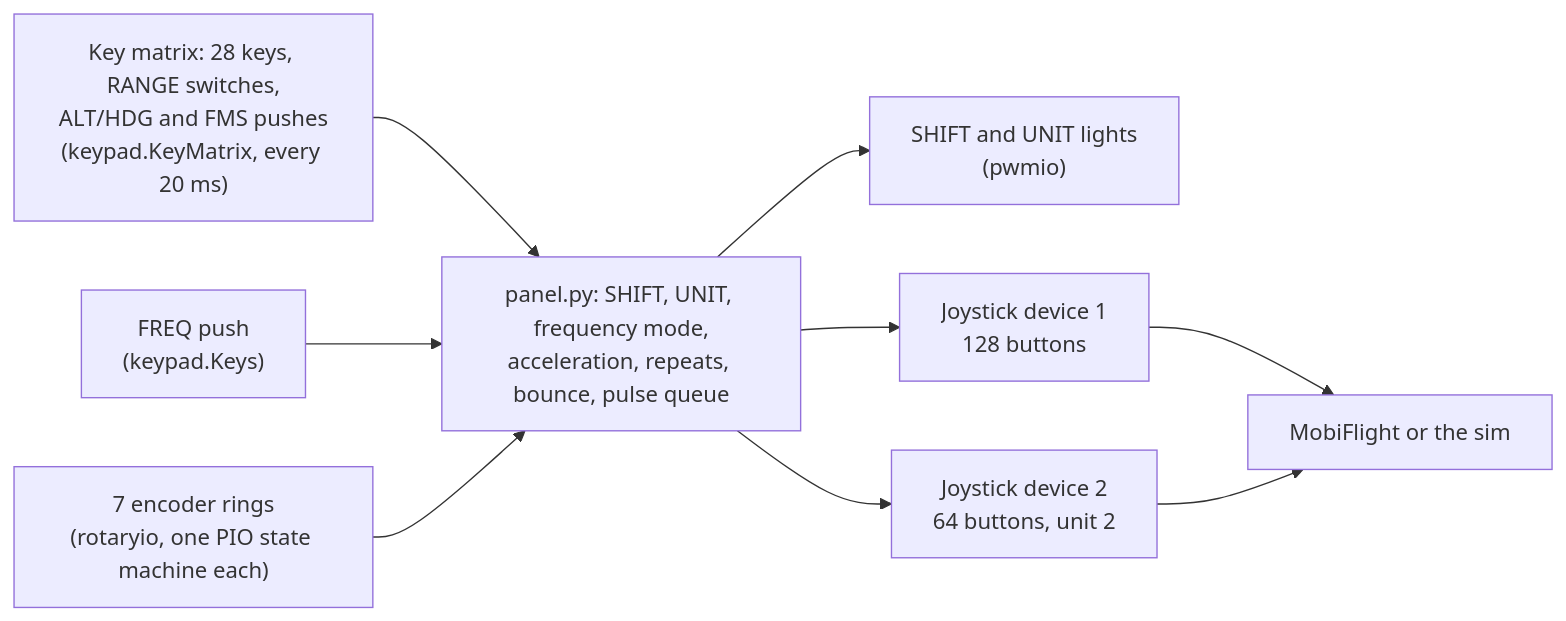
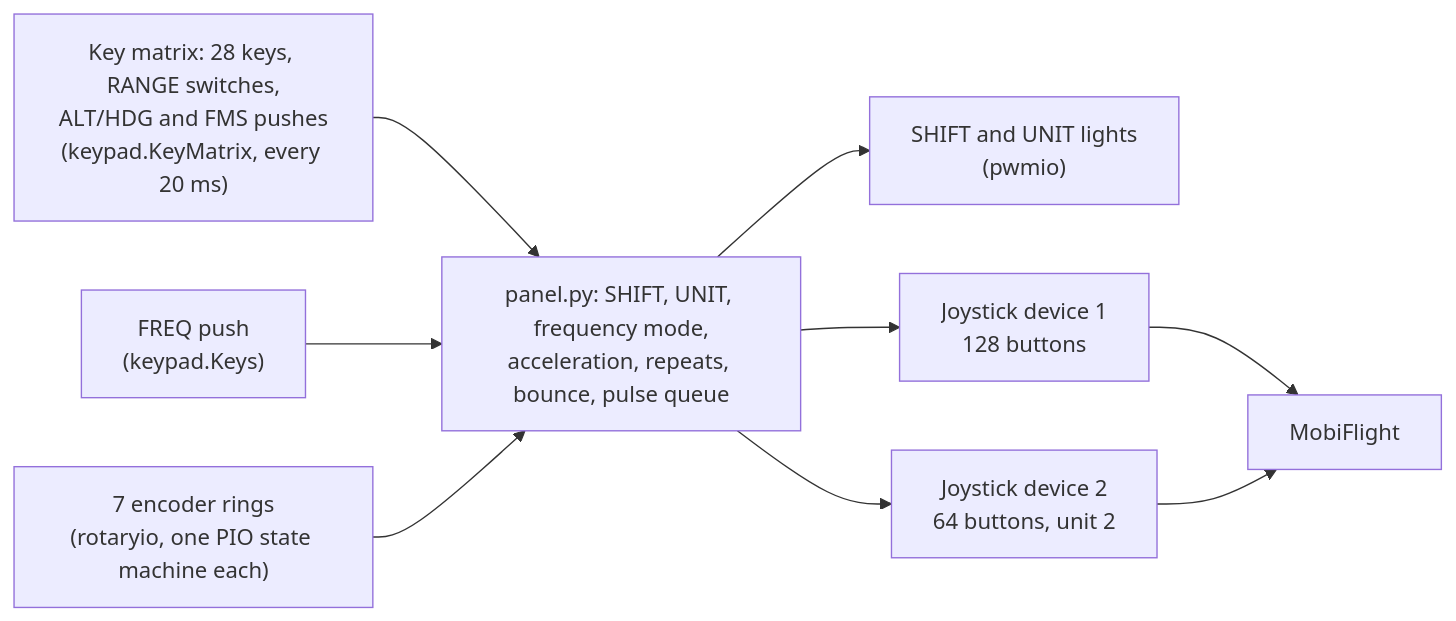
Before and after one commit to saschagrunert/avionics-panel: the diagram in docs/architecture/firmware.md, drawn with Mermaid. The commit also changed other lines of this file and 12 other files, not shown here.

````diff
--- a/docs/architecture/firmware.md
+++ b/docs/architecture/firmware.md
@@ -6,17 +6,17 @@
 ```mermaid
 flowchart LR
   matrix["Key matrix: 28 keys, RANGE switches,<br>ALT/HDG and FMS pushes<br>(keypad.KeyMatrix, every 20 ms)"]
   push["FREQ push<br>(keypad.Keys)"]
   rings["7 encoder rings<br>(rotaryio, one PIO state machine each)"]
   panel["panel.py: SHIFT, UNIT, frequency mode,<br>acceleration, repeats, bounce, pulse queue"]
   lights["SHIFT and UNIT lights<br>(pwmio)"]
   dev1["Joystick device 1<br>128 buttons"]
   dev2["Joystick device 2<br>64 buttons, unit 2"]
-  pc["MobiFlight or the sim"]
+  pc["MobiFlight"]
   matrix --> panel
   push --> panel
   rings --> panel
   panel --> lights
   panel --> dev1 --> pc
   panel --> dev2 --> pc
 ```
````
